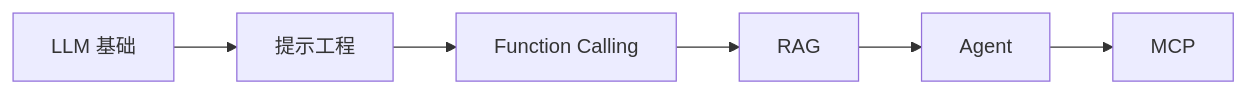
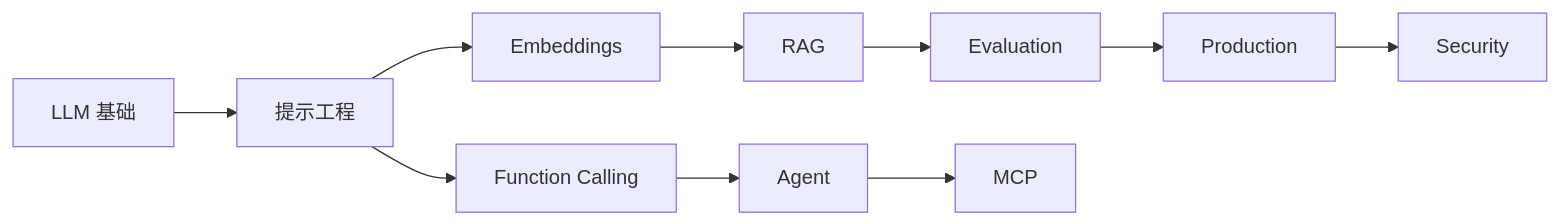
Before and after one commit to to-lib/to-lib.github.io: the diagram in docs/ai/index.md, drawn with Mermaid. The commit also changed other lines of this file and 4 other files, not shown here.

````diff
--- a/docs/ai/index.md
+++ b/docs/ai/index.md
@@ -31,8 +39,12 @@
 ```mermaid
 graph LR
     A[LLM 基础] --> B[提示工程]
-    B --> C[Function Calling]
+    B --> C[Embeddings]
     C --> D[RAG]
-    D --> E[Agent]
-    E --> F[MCP]
+    B --> E[Function Calling]
+    E --> F[Agent]
+    D --> G[Evaluation]
+    G --> H[Production]
+    H --> I[Security]
+    F --> J[MCP]
 ```
````
